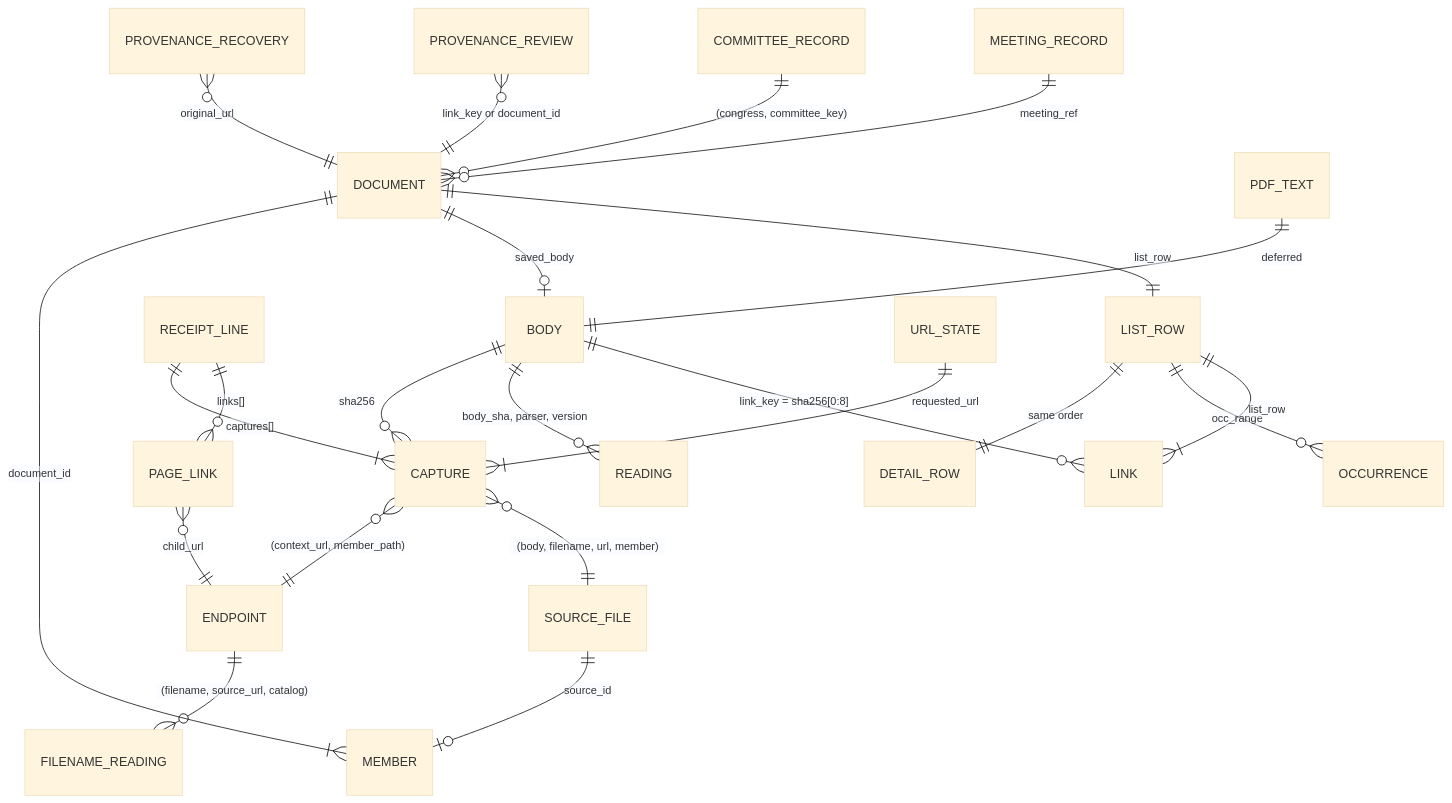
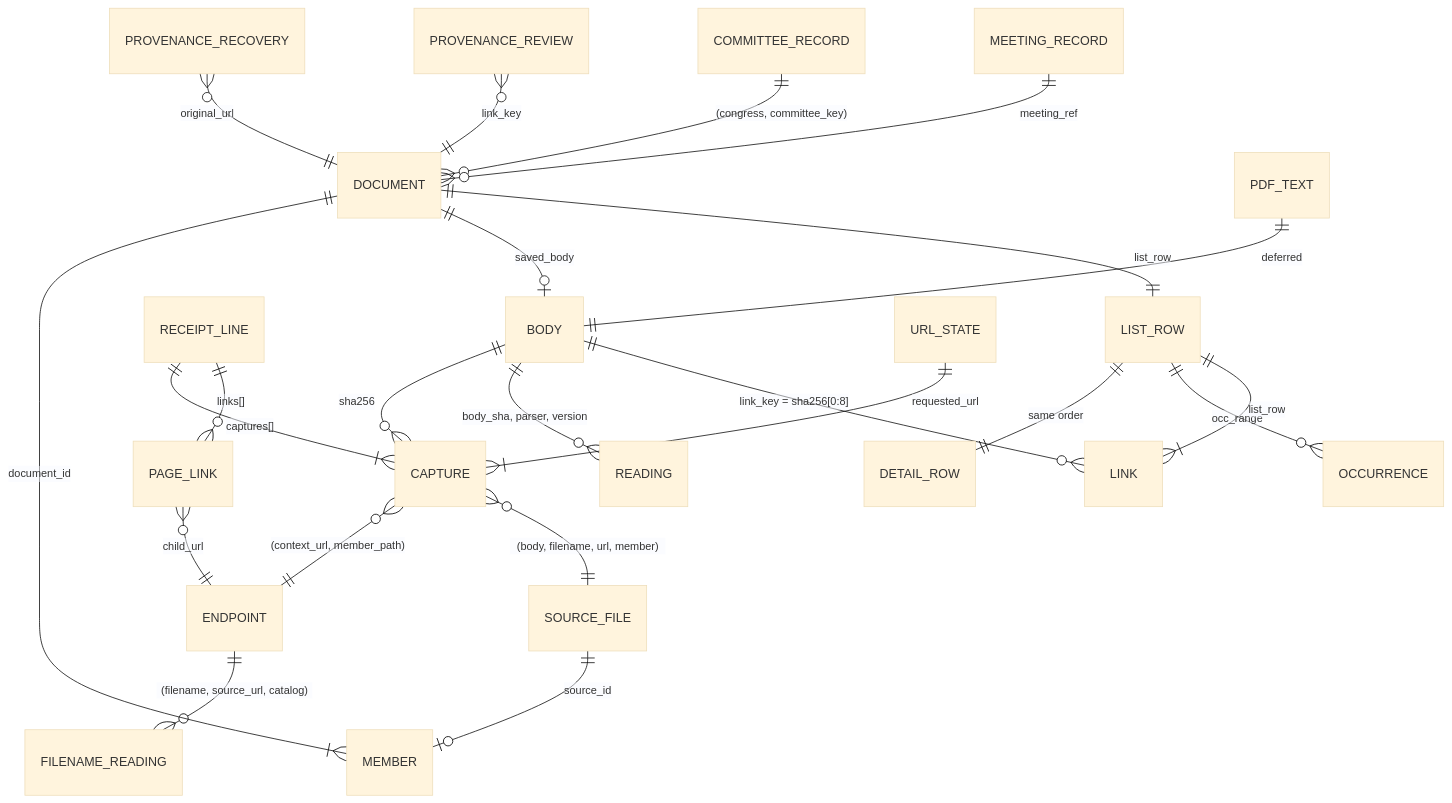
Before and after one commit to civictechdc/congressional-tech: the diagram in docs/engine-first-data-model.md, drawn with Mermaid (base theme). The commit also changed other lines of this file and 15 other files, not shown here.

````diff
--- a/docs/engine-first-data-model.md
+++ b/docs/engine-first-data-model.md
@@ -621,25 +529,25 @@
 ```mermaid
 erDiagram
   BODY ||--o{ CAPTURE : "sha256"
   RECEIPT_LINE ||--|{ CAPTURE : "captures[]"
   RECEIPT_LINE ||--o{ PAGE_LINK : "links[]"
   CAPTURE }o--|| ENDPOINT : "(context_url, member_path)"
   PAGE_LINK }o--|| ENDPOINT : "child_url"
   BODY ||--o{ READING : "body_sha, parser, version"
   ENDPOINT ||--o{ FILENAME_READING : "(filename, source_url, catalog)"
   CAPTURE }o--|| SOURCE_FILE : "(body, filename, url, member)"
   SOURCE_FILE ||--o| MEMBER : "source_id"
   DOCUMENT ||--|{ MEMBER : "document_id"
   DOCUMENT ||--o| BODY : "saved_body"
   DOCUMENT ||--|| LIST_ROW : "list_row"
   LIST_ROW ||--|| DETAIL_ROW : "same order"
   LIST_ROW ||--o{ OCCURRENCE : "occ_range"
   LIST_ROW ||--|{ LINK : "list_row"
   BODY ||--o{ LINK : "link_key = sha256[0:8]"
   PROVENANCE_RECOVERY }o--|| DOCUMENT : "original_url"
-  PROVENANCE_REVIEW }o--|| DOCUMENT : "link_key or document_id"
+  PROVENANCE_REVIEW }o--|| DOCUMENT : "link_key"
   URL_STATE ||--|{ CAPTURE : "requested_url"
   PDF_TEXT ||--|| BODY : "deferred"
   COMMITTEE_RECORD ||--o{ DOCUMENT : "(congress, committee_key)"
   MEETING_RECORD ||--o{ DOCUMENT : "meeting_ref"
 ```
````
